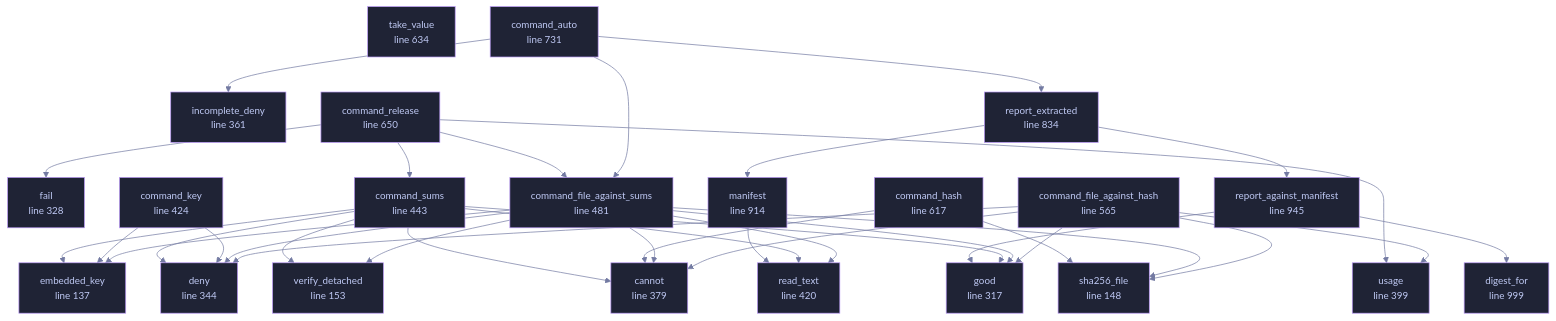
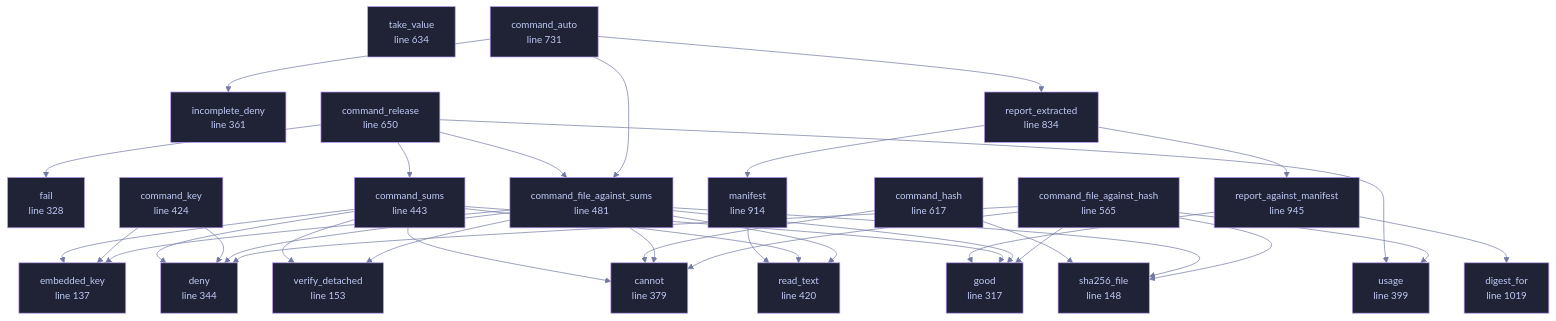
One commit to tilas01/veilvoice changed the diagram in wiki/File-veilvoice-verify-main.md. Above: the diagram before and after it, drawn with Mermaid. The commit also changed other lines of this file and 46 other files, not shown here.

````diff
--- a/wiki/File-veilvoice-verify-main.md
+++ b/wiki/File-veilvoice-verify-main.md
@@ -111,7 +111,7 @@
     n_report_extracted["report_extracted<br/>line 834"]
     n_manifest["manifest<br/>line 914"]
     n_report_against_manifest["report_against_manifest<br/>line 945"]
-    n_digest_for["digest_for<br/>line 999"]
+    n_digest_for["digest_for<br/>line 1019"]
     n_command_auto --> n_command_file_against_sums
     n_command_auto --> n_incomplete_deny
     n_command_auto --> n_report_extracted
@@ -167,7 +167,7 @@
     click n_report_extracted href "https://github.com/tilas01/veilvoice/blob/main/crates/veilvoice-verify/src/main.rs#L834" "open the source"
     click n_manifest href "https://github.com/tilas01/veilvoice/blob/main/crates/veilvoice-verify/src/main.rs#L914" "open the source"
     click n_report_against_manifest href "https://github.com/tilas01/veilvoice/blob/main/crates/veilvoice-verify/src/main.rs#L945" "open the source"
-    click n_digest_for href "https://github.com/tilas01/veilvoice/blob/main/crates/veilvoice-verify/src/main.rs#L999" "open the source"
+    click n_digest_for href "https://github.com/tilas01/veilvoice/blob/main/crates/veilvoice-verify/src/main.rs#L1019" "open the source"
     classDef helper fill:#1f2335,stroke:#bb9af7,color:#c0caf5
     class n_embedded_key,n_sha256_file,n_verify_detached,n_good,n_fail,n_deny,n_incomplete_deny,n_cannot,n_usage,n_read_text,n_command_key,n_command_sums,n_command_file_against_sums,n_command_file_against_hash,n_command_hash,n_take_value,n_command_release,n_command_auto,n_report_extracted,n_manifest,n_report_against_manifest,n_digest_for helper
 ```
````
